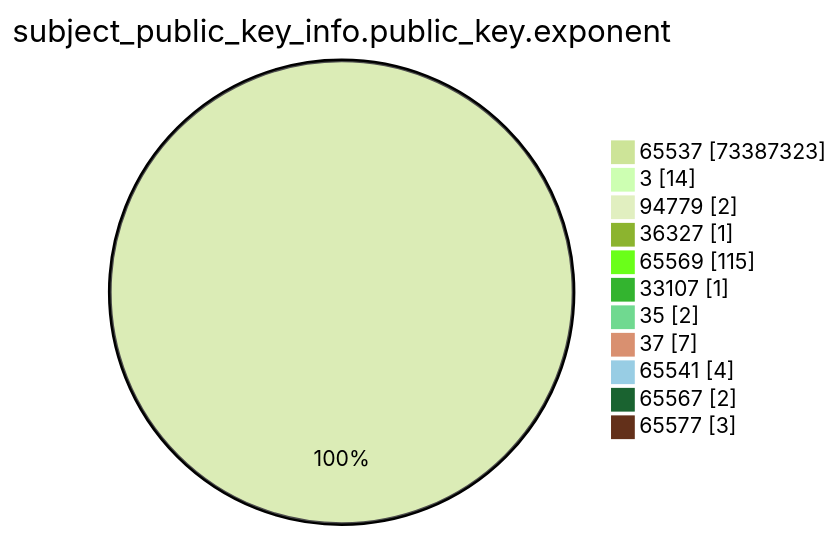
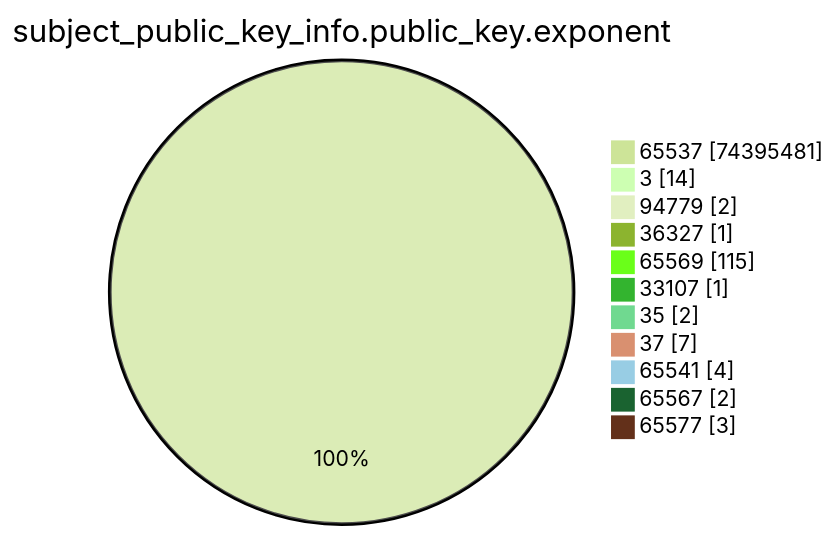
One commit to christiankrug/ctmonitor_visualization changed the fourth of 15 diagrams in xenon2023/README.md. Above: the diagram before and after it, drawn with Mermaid (forest theme). The commit also changed other lines of this file, not shown here.

````diff
--- a/xenon2023/README.md
+++ b/xenon2023/README.md
@@ -1222,15 +1225,15 @@
 ```mermaid
 pie showData
 title subject_public_key_info.public_key.exponent
-"65537" :73387323
+"65537" :74395481
 "3" :14
 "94779" :2
 "36327" :1
 "65569" :115
 "33107" :1
 "35" :2
 "37" :7
 "65541" :4
 "65567" :2
 "65577" :3
 ```
````
